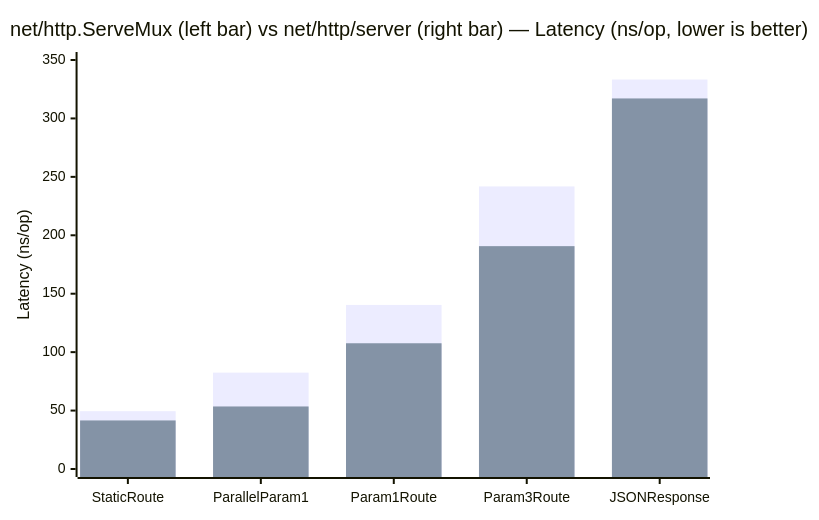
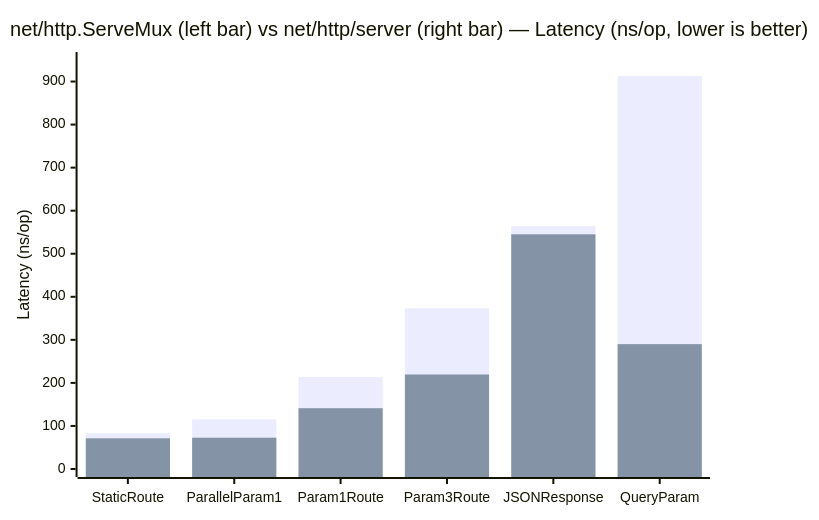
One commit to 404Setup/go changed the fifth of 13 diagrams in README.md. Above: the diagram before and after it, drawn with Mermaid. The commit also changed other lines of this file and 17 other files, not shown here.

````diff
--- a/README.md
+++ b/README.md
@@ -154,8 +154,8 @@
 ```mermaid
 xychart-beta
     title "net/http.ServeMux (left bar) vs net/http/server (right bar) — Latency (ns/op, lower is better)"
-    x-axis ["StaticRoute", "ParallelParam1", "Param1Route", "Param3Route", "JSONResponse"]
-    y-axis "Latency (ns/op)" 0 --> 350
-    bar [49.49, 82.49, 140.4, 241.8, 333.3]
-    bar [41.55, 53.51, 107.6, 190.7, 317.1]
+    x-axis ["StaticRoute", "ParallelParam1", "Param1Route", "Param3Route", "JSONResponse", "QueryParam"]
+    y-axis "Latency (ns/op)" 0 --> 950
+    bar [83.14, 115.1, 213.7, 373.2, 564.0, 913.0]
+    bar [71.29, 72.73, 141.2, 219.5, 545.1, 290.0]
 ```
````
